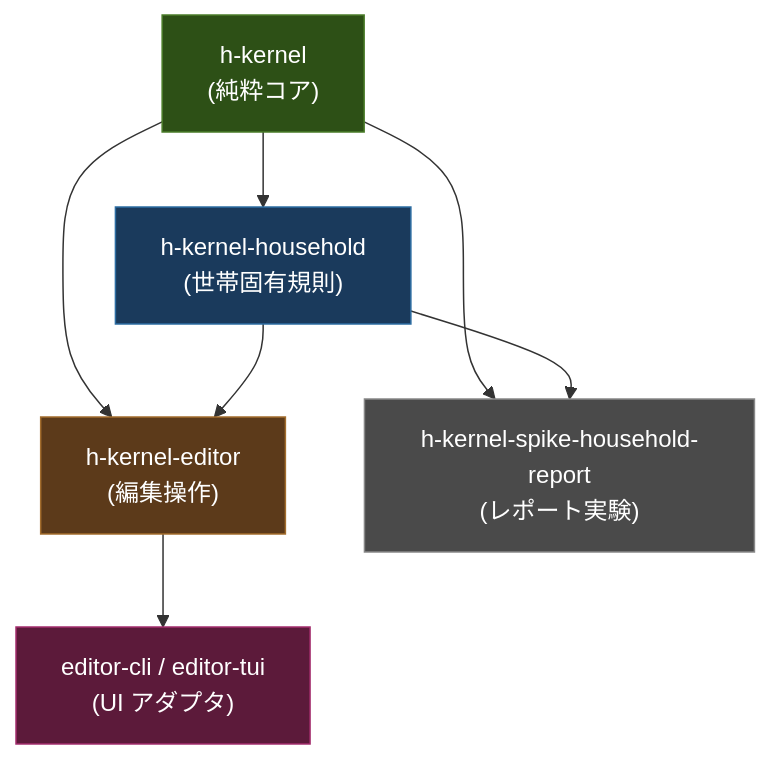
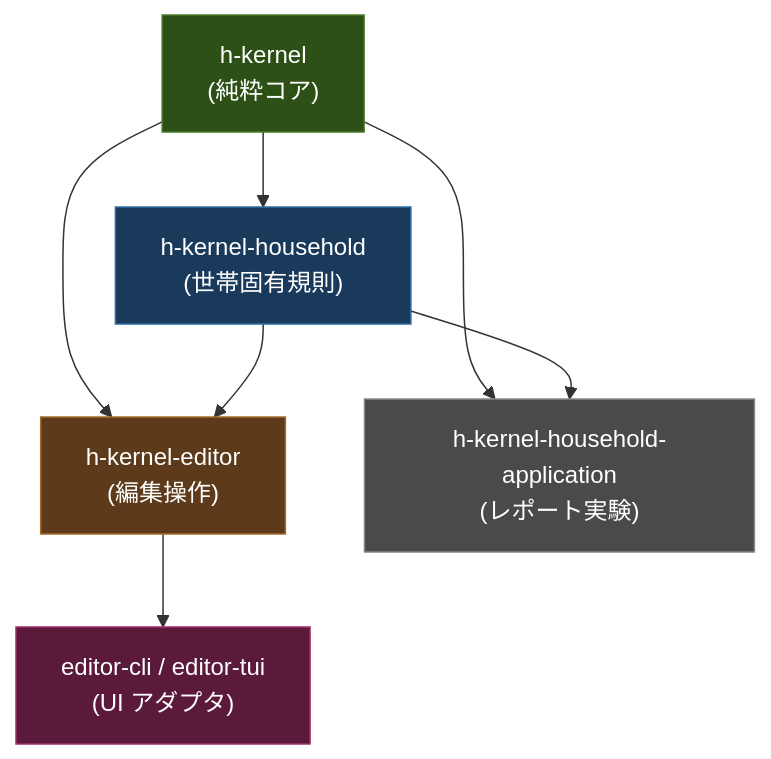
Before and after one commit to shumoku88-bit/h-kernel: the diagram in docs/ARCHITECTURE_CODE_QUALITY_REVIEW.md, drawn with Mermaid. The commit also changed 19 other files, not shown here.

Commit message:
refactor(household): graduate report spike

````diff
--- a/docs/ARCHITECTURE_CODE_QUALITY_REVIEW.md
+++ b/docs/ARCHITECTURE_CODE_QUALITY_REVIEW.md
@@ -40,15 +40,15 @@
 ```mermaid
 graph TD
     A["h-kernel<br/>(純粋コア)"] --> B["h-kernel-household<br/>(世帯固有規則)"]
     A --> C["h-kernel-editor<br/>(編集操作)"]
     B --> C
-    A --> D["h-kernel-spike-household-report<br/>(レポート実験)"]
+    A --> D["h-kernel-household-application<br/>(レポート実験)"]
     B --> D
     C --> E["editor-cli / editor-tui<br/>(UI アダプタ)"]
 
     style A fill:#2d5016,stroke:#4a7c29,color:#fff
     style B fill:#1a3a5c,stroke:#2d6da3,color:#fff
     style C fill:#5c3a1a,stroke:#a36d2d,color:#fff
     style D fill:#4a4a4a,stroke:#888,color:#fff
     style E fill:#5c1a3a,stroke:#a32d6d,color:#fff
 ```
````
